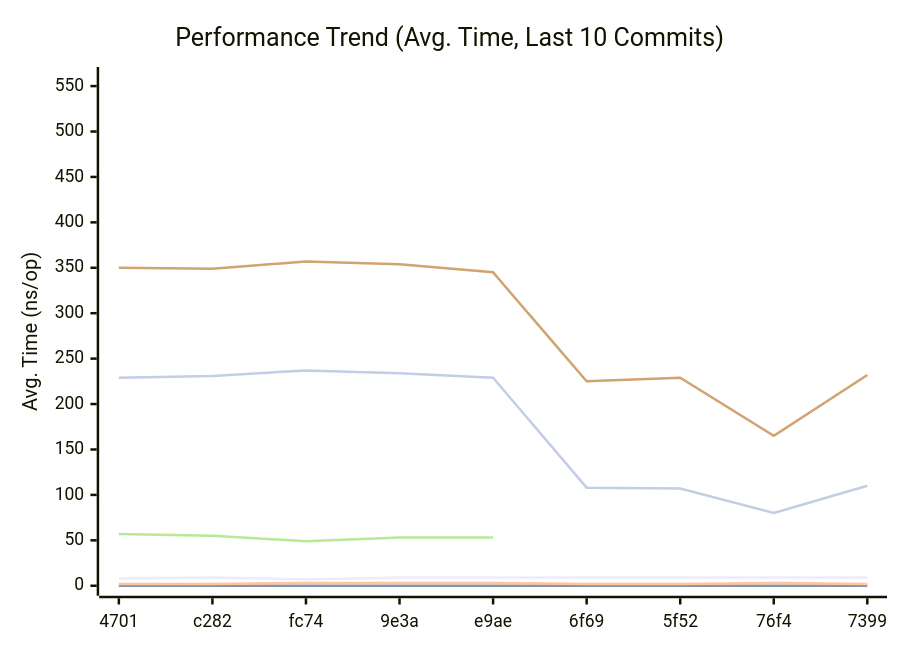
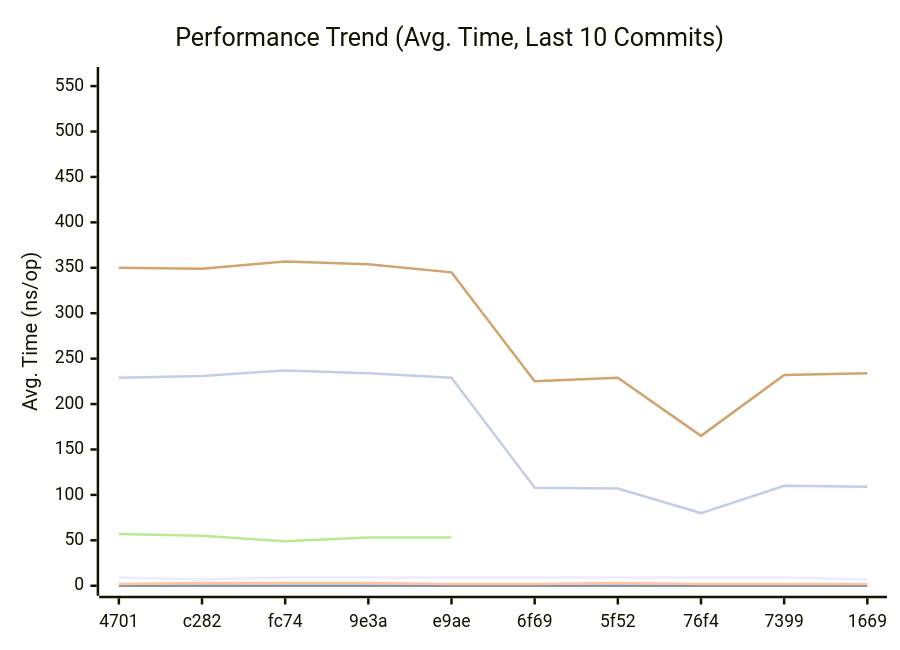
The first of 3 diagrams in doc/README.md (alsotoes/momo), drawn with Mermaid before and after one commit. The commit also changed other lines of this file and 1 other file, not shown here.

````diff
--- a/doc/README.md
+++ b/doc/README.md
@@ -296,14 +299,14 @@
 ```mermaid
 xychart-beta
     title "Performance Trend (Avg. Time, Last 10 Commits)"
     x-axis "Commit"
     y-axis "Avg. Time (ns/op)"
-    x-axis [4701,c282,fc74,9e3a,e9ae,6f69,5f52,76f4,7399]
-    line "CheckMetricsAndSwap" [8,9,7,9,9,9,9,9,9,9]
+    x-axis [4701,c282,fc74,9e3a,e9ae,6f69,5f52,76f4,7399,1669]
+    line "CheckMetricsAndSwap" [9,7,9,9,9,9,9,9,9,7]
     line "IndexDirectTracking" [0,0,0,0,0,0,0,0,0,0]
-    line "IndexSearch" [2,2,3,3,3,2,2,3,2,2]
+    line "IndexSearch" [2,3,3,3,2,2,3,2,2,2]
     line "LoadGlobalConfig" [560]
     line "PadString" [57,55,49,53,53]
     line "ParseReplicationOrder_NoPrealloc" [350,349,357,354,345,225,229,165,232,234]
     line "ParseReplicationOrder_Prealloc" [229,231,237,234,229,108,107,80,110,109]
 ```
````
